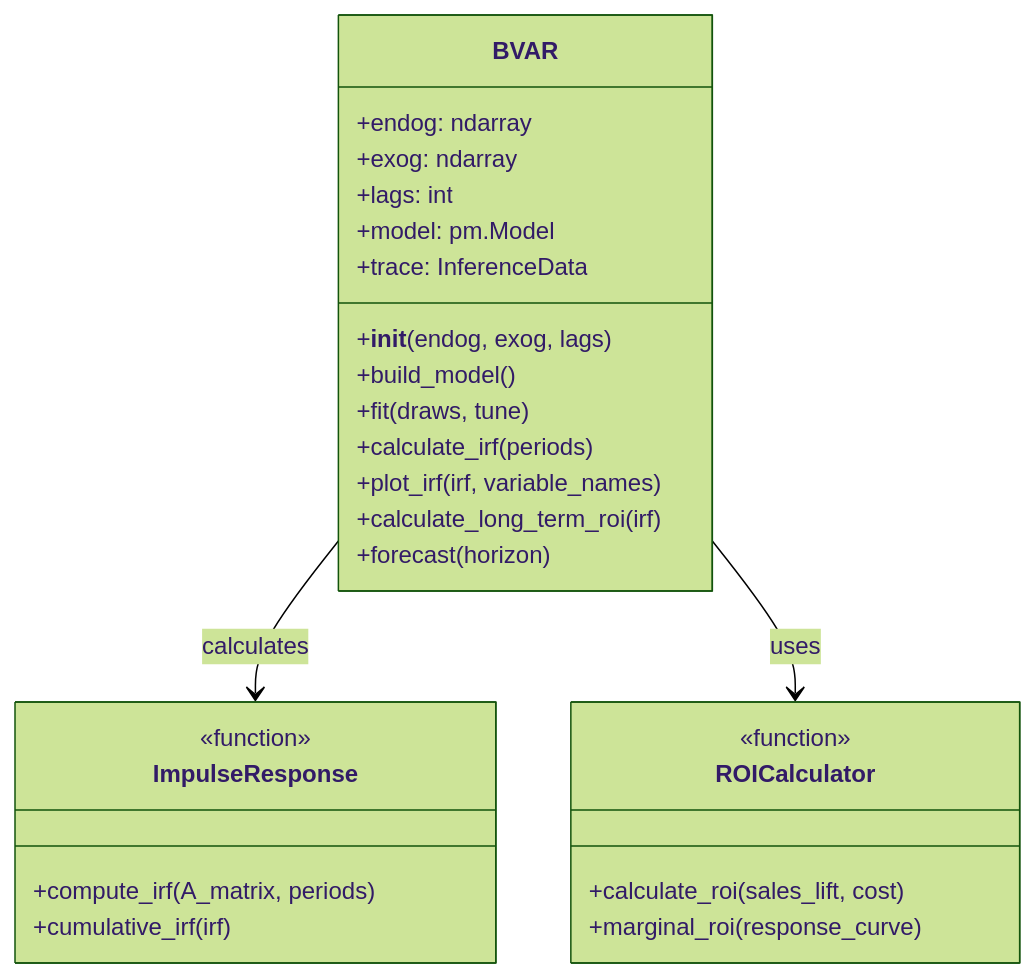
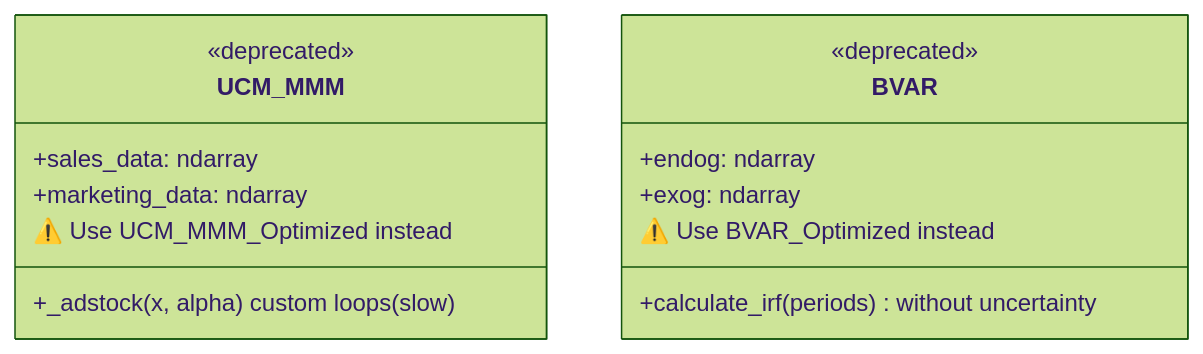
The sixth of 8 diagrams in docs/ARCHITECTURE.md (cybernexcorps/long-term-ad-effectiveness), drawn with Mermaid (forest theme) before and after one commit. The commit also changed other lines of this file and 3 other files, not shown here.

````diff
--- a/docs/ARCHITECTURE.md
+++ b/docs/ARCHITECTURE.md
@@ -196,32 +338,18 @@
 ```mermaid
 classDiagram
+    class UCM_MMM {
+        <<deprecated>>
+        +sales_data: ndarray
+        +marketing_data: ndarray
+        +_adstock(x, alpha) custom loops (slow)
+        ⚠️ Use UCM_MMM_Optimized instead
+    }
+
     class BVAR {
+        <<deprecated>>
         +endog: ndarray
         +exog: ndarray
-        +lags: int
-        +model: pm.Model
-        +trace: InferenceData
-        +__init__(endog, exog, lags)
-        +build_model()
-        +fit(draws, tune)
-        +calculate_irf(periods)
-        +plot_irf(irf, variable_names)
-        +calculate_long_term_roi(irf)
-        +forecast(horizon)
+        +calculate_irf(periods) without uncertainty
+        ⚠️ Use BVAR_Optimized instead
     }
-
-    class ImpulseResponse {
-        <<function>>
-        +compute_irf(A_matrix, periods)
-        +cumulative_irf(irf)
-    }
-
-    class ROICalculator {
-        <<function>>
-        +calculate_roi(sales_lift, cost)
-        +marginal_roi(response_curve)
-    }
-
-    BVAR --> ImpulseResponse: calculates
-    BVAR --> ROICalculator: uses
 ```
````
